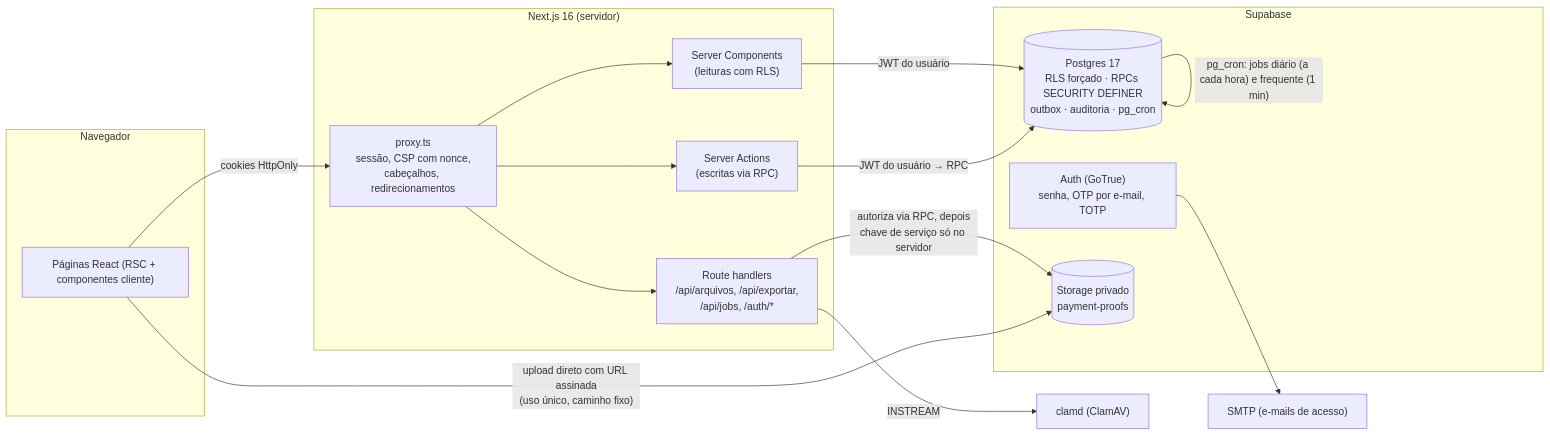
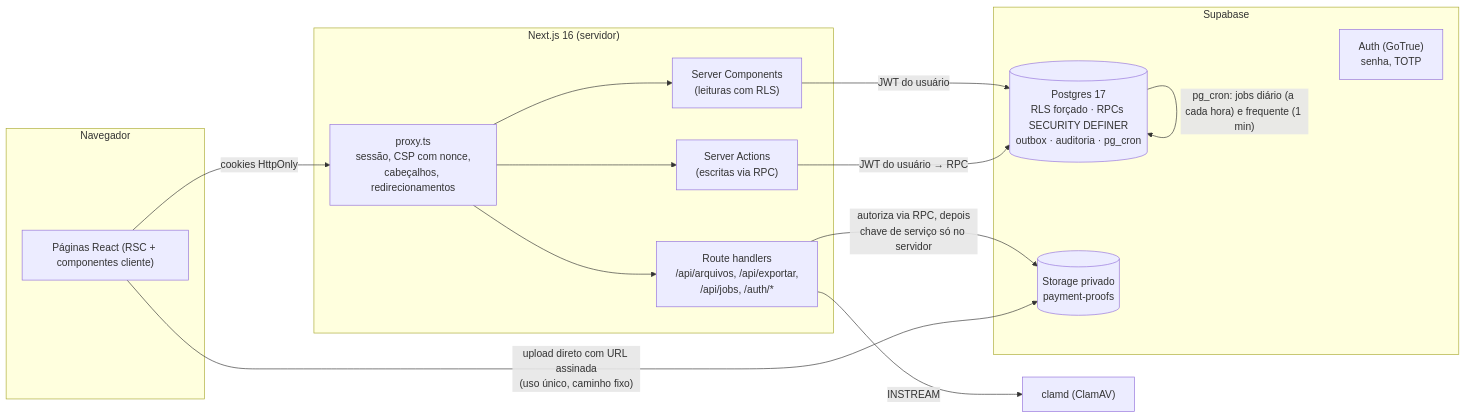
The diagram in docs/ARQUITETURA.md (johnatansilva127/cstennis), drawn with Mermaid before and after one commit. The commit also changed other lines of this file and 12 other files, not shown here.

First line of the commit message:
Documentação: acesso sem e-mail e situação da implantação

````diff
--- a/docs/ARQUITETURA.md
+++ b/docs/ARQUITETURA.md
@@ -5,28 +5,26 @@
 ```mermaid
 flowchart LR
   subgraph Navegador
     UI["Páginas React (RSC + componentes cliente)"]
   end
   subgraph App["Next.js 16 (servidor)"]
     PX["proxy.ts<br/>sessão, CSP com nonce,<br/>cabeçalhos, redirecionamentos"]
     RSC["Server Components<br/>(leituras com RLS)"]
     SA["Server Actions<br/>(escritas via RPC)"]
     API["Route handlers<br/>/api/arquivos, /api/exportar,<br/>/api/jobs, /auth/*"]
   end
   subgraph Supabase
-    AUTH["Auth (GoTrue)<br/>senha, OTP por e-mail, TOTP"]
+    AUTH["Auth (GoTrue)<br/>senha, TOTP"]
     PG[("Postgres 17<br/>RLS forçado · RPCs SECURITY DEFINER<br/>outbox · auditoria · pg_cron")]
     ST[("Storage privado<br/>payment-proofs")]
   end
   CLAM["clamd (ClamAV)"]
-  SMTP["SMTP (e-mails de acesso)"]
 
   UI -- "cookies HttpOnly" --> PX --> RSC & SA & API
   RSC -- "JWT do usuário" --> PG
   SA -- "JWT do usuário → RPC" --> PG
   API -- "autoriza via RPC, depois<br/>chave de serviço só no servidor" --> ST
   UI -- "upload direto com URL assinada<br/>(uso único, caminho fixo)" --> ST
   API -- "INSTREAM" --> CLAM
-  AUTH --> SMTP
   PG -- "pg_cron: jobs diário (a cada hora) e frequente (1 min)" --> PG
 ```
````
